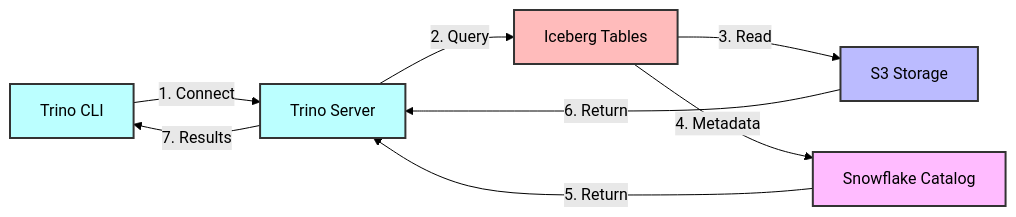
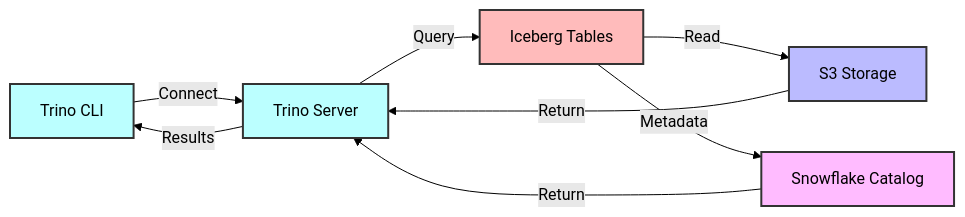
One commit to aiven/aiven-examples changed the sixth of 6 diagrams in solutions/aiven-iceberg-tutorial/README.md. Above: the diagram before and after it, drawn with Mermaid (forest theme). The commit also changed other lines of this file, not shown here.

````diff
--- a/solutions/aiven-iceberg-tutorial/README.md
+++ b/solutions/aiven-iceberg-tutorial/README.md
@@ -333,16 +333,16 @@
 ```mermaid
 flowchart LR
-    A[Trino CLI] -->|1. Connect| B[Trino Server]
-    B -->|2. Query| C[Iceberg Tables]
-    C -->|3. Read| D[S3 Storage]
-    C -->|4. Metadata| E[Snowflake Catalog]
-    E -->|5. Return| B
-    D -->|6. Return| B
-    B -->|7. Results| A
+    A[Trino CLI] -->|Connect| B[Trino Server]
+    B -->|Query| C[Iceberg Tables]
+    C -->|Read| D[S3 Storage]
+    C -->|Metadata| E[Snowflake Catalog]
+    E -->|Return| B
+    D -->|Return| B
+    B -->|Results| A
 
     style A fill:#bff,stroke:#333,stroke-width:2px
     style B fill:#bff,stroke:#333,stroke-width:2px
     style C fill:#fbb,stroke:#333,stroke-width:2px
     style D fill:#bbf,stroke:#333,stroke-width:2px
     style E fill:#fbf,stroke:#333,stroke-width:2px
 ```
````
